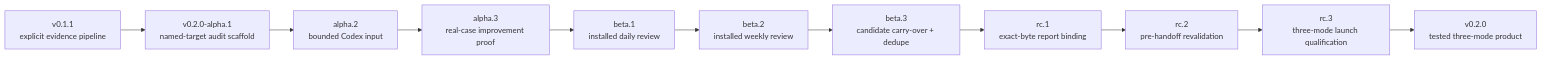
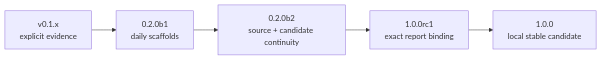
The diagram in UPDATE_MAP.md (adand-91/gpt-6-astra-skill), drawn with Mermaid before and after one commit. The commit also changed other lines of this file and 87 other files, not shown here.

````diff
--- a/UPDATE_MAP.md
+++ b/UPDATE_MAP.md
@@ -13,13 +10,7 @@
 ```mermaid
 flowchart LR
-    A["v0.1.1<br/>explicit evidence pipeline"] --> B["v0.2.0-alpha.1<br/>named-target audit scaffold"]
-    B --> C["alpha.2<br/>bounded Codex input"]
-    C --> D["alpha.3<br/>real-case improvement proof"]
-    D --> E["beta.1<br/>installed daily review"]
-    E --> F["beta.2<br/>installed weekly review"]
-    F --> G["beta.3<br/>candidate carry-over + dedupe"]
-    G --> H["rc.1<br/>exact-byte report binding"]
-    H --> I["rc.2<br/>pre-handoff revalidation"]
-    I --> J["rc.3<br/>three-mode launch qualification"]
-    J --> K["v0.2.0<br/>tested three-mode product"]
+    A["v0.1.x<br/>explicit evidence"] --> B["0.2.0b1<br/>daily scaffolds"]
+    B --> C["0.2.0b2<br/>source + candidate continuity"]
+    C --> D["1.0.0rc1<br/>exact report binding"]
+    D --> E["1.0.0<br/>local stable candidate"]
 ```
````
